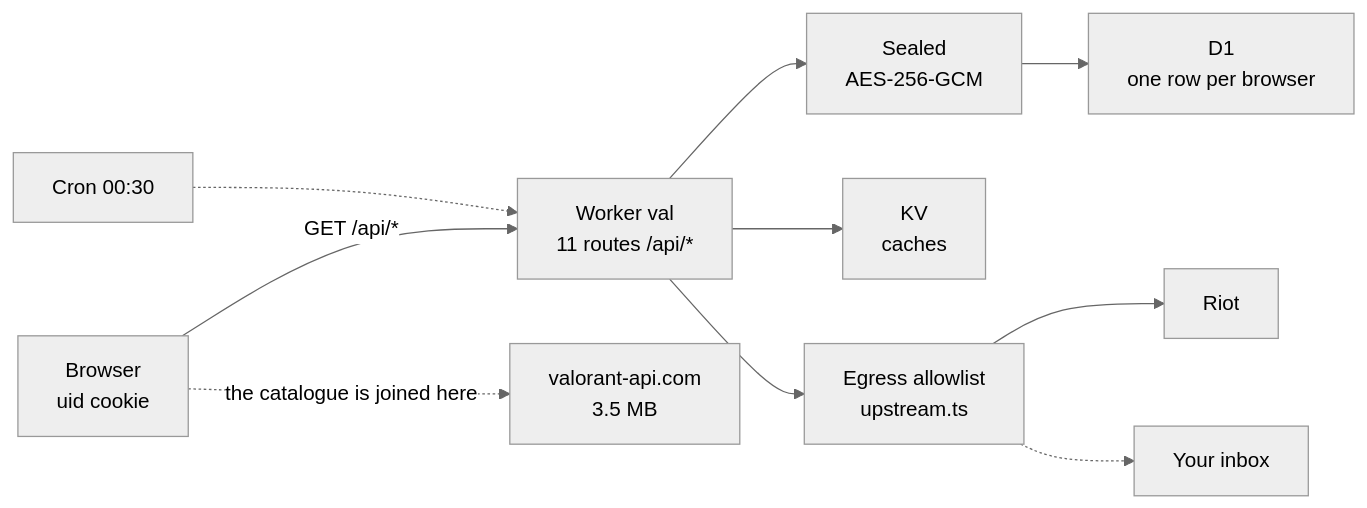
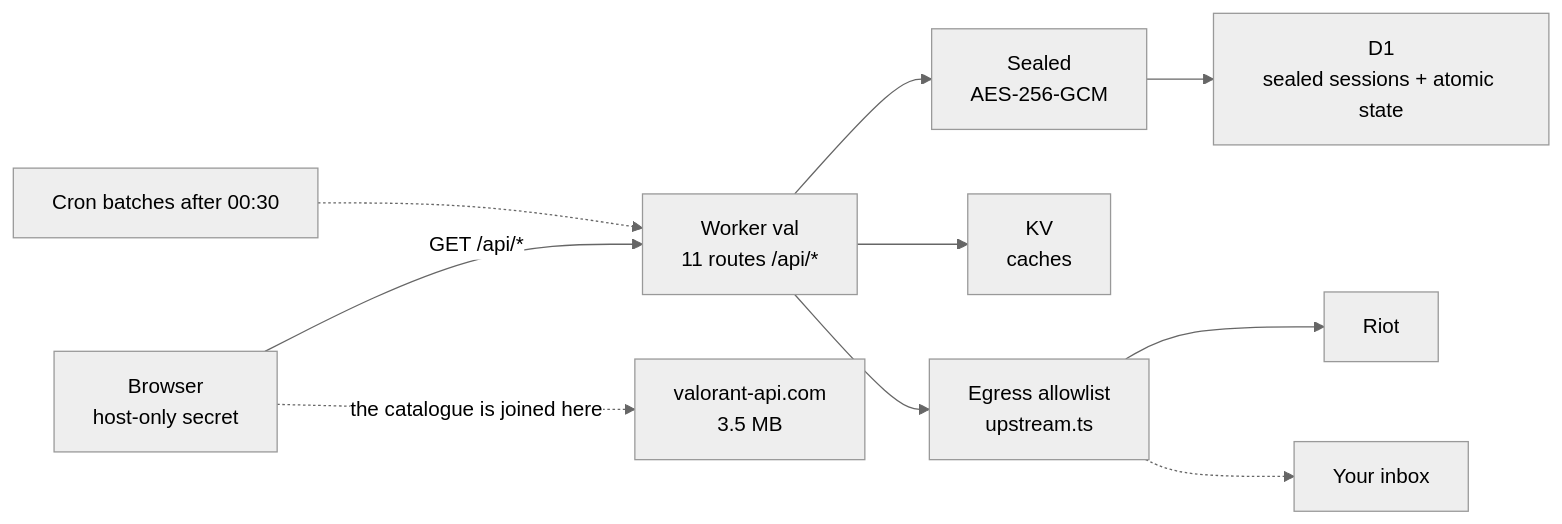
One commit to NicolasV7/valoox changed the diagram in README.md. Above: the diagram before and after it, drawn with Mermaid (neutral theme). The commit also changed other lines of this file and 12 other files, not shown here.

First line of the commit message:
docs: make architecture and deployment claims match the code

````diff
--- a/README.md
+++ b/README.md
@@ -53,21 +54,21 @@
 ```mermaid
 flowchart LR
-  B["Browser<br/>uid cookie"]
+  B["Browser<br/>host-only secret"]
   W["Worker val<br/>11 routes /api/*"]
   A["Egress allowlist<br/>upstream.ts"]
   R["Riot"]
   K["KV<br/>caches"]
   S["Sealed<br/>AES-256-GCM"]
-  D["D1<br/>one row per browser"]
+  D["D1<br/>sealed sessions + atomic state"]
   C["valorant-api.com<br/>3.5 MB"]
   M["Your inbox"]
-  T["Cron 00:30"]
+  T["Cron batches after 00:30"]
 
   B -->|GET /api/*| W
   B -.->|the catalogue is joined here| C
   W --> K
   W --> S --> D
   W --> A --> R
   A -.-> M
   T -.-> W
 ```
````
